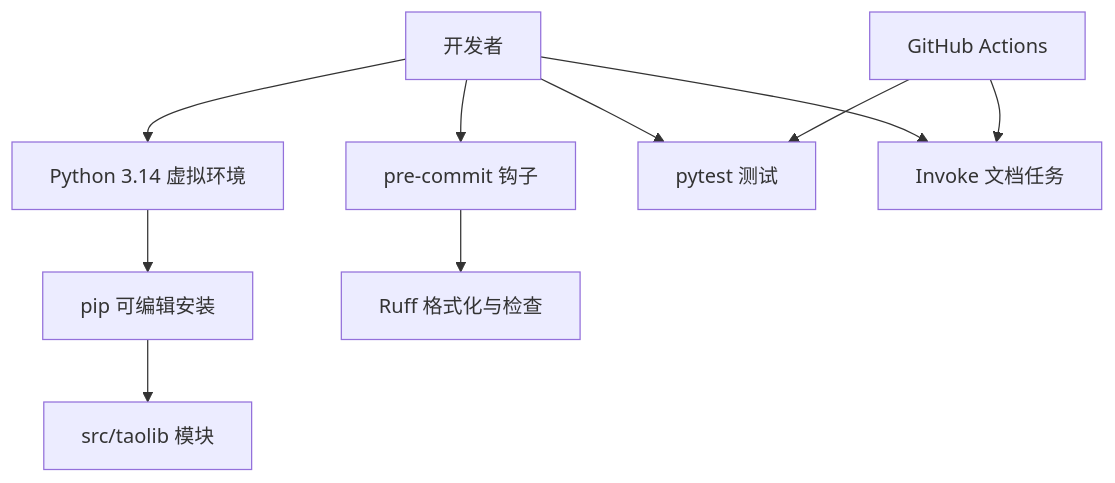
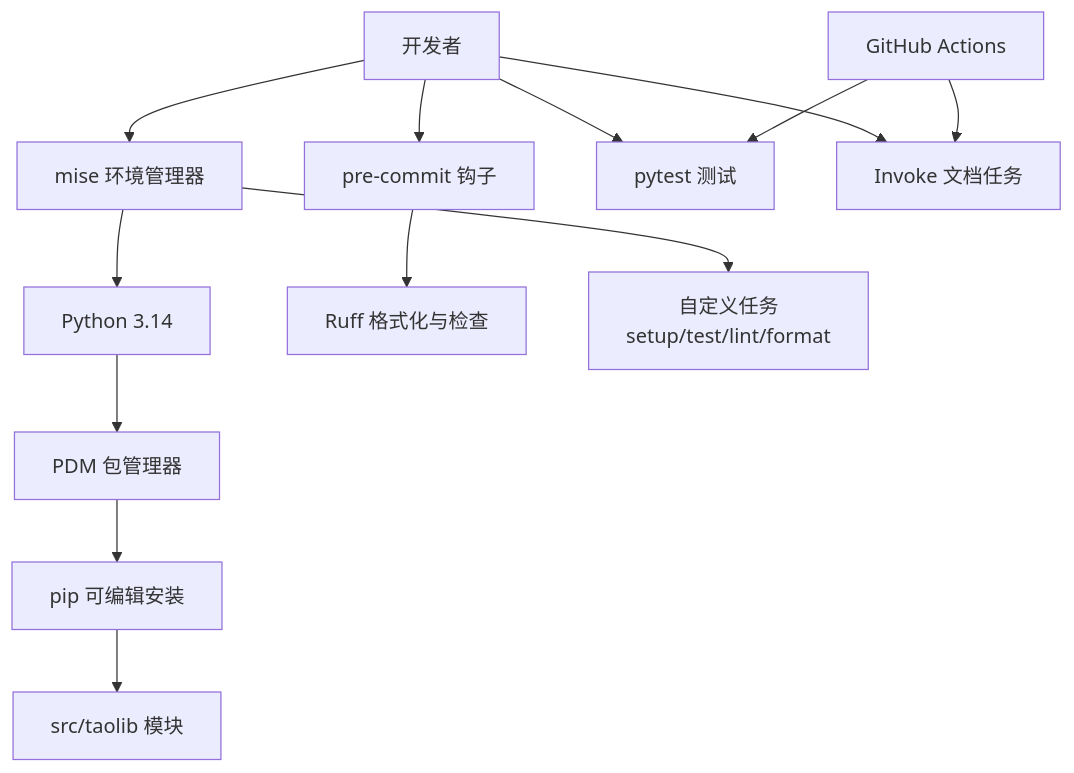
One commit to xinetzone/tao changed the second of 5 diagrams in .qoder/repowiki/zh/content/开发指南/开发环境搭建.md. Above: the diagram before and after it, drawn with Mermaid. The commit also changed other lines of this file and 5 other files, not shown here.

````diff
--- a/.qoder/repowiki/zh/content/开发指南/开发环境搭建.md
+++ b/.qoder/repowiki/zh/content/开发指南/开发环境搭建.md
@@ -88,12 +95,15 @@
 ```mermaid
 graph TB
-Dev["开发者"] --> Venv["Python 3.14 虚拟环境"]
-Venv --> Pip["pip 可编辑安装"]
+Dev["开发者"] --> Mise["mise 环境管理器"]
+Mise --> Python["Python 3.14"]
+Python --> PDM["PDM 包管理器"]
+PDM --> Pip["pip 可编辑安装"]
 Pip --> Src["src/taolib 模块"]
 Dev --> PreCommit["pre-commit 钩子"]
 PreCommit --> Ruff["Ruff 格式化与检查"]
 Dev --> Pytest["pytest 测试"]
 Dev --> Invoke["Invoke 文档任务"]
 CI["GitHub Actions"] --> Invoke
 CI --> Pytest
+Mise --> Tasks["自定义任务<br/>setup/test/lint/format"]
 ```
````
